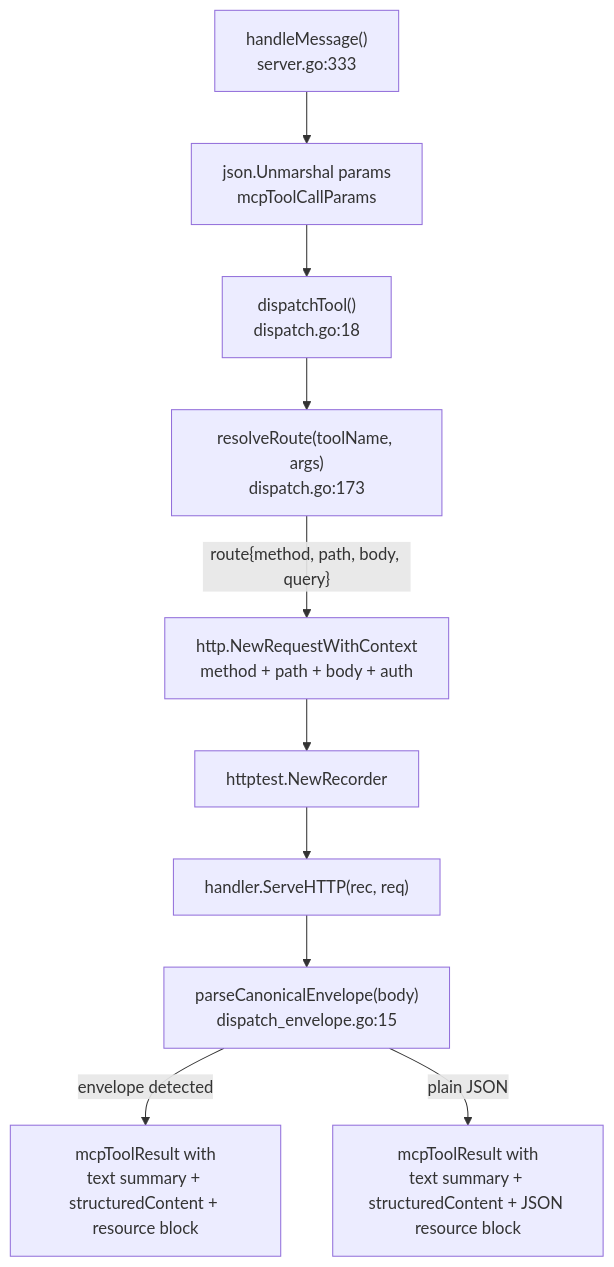
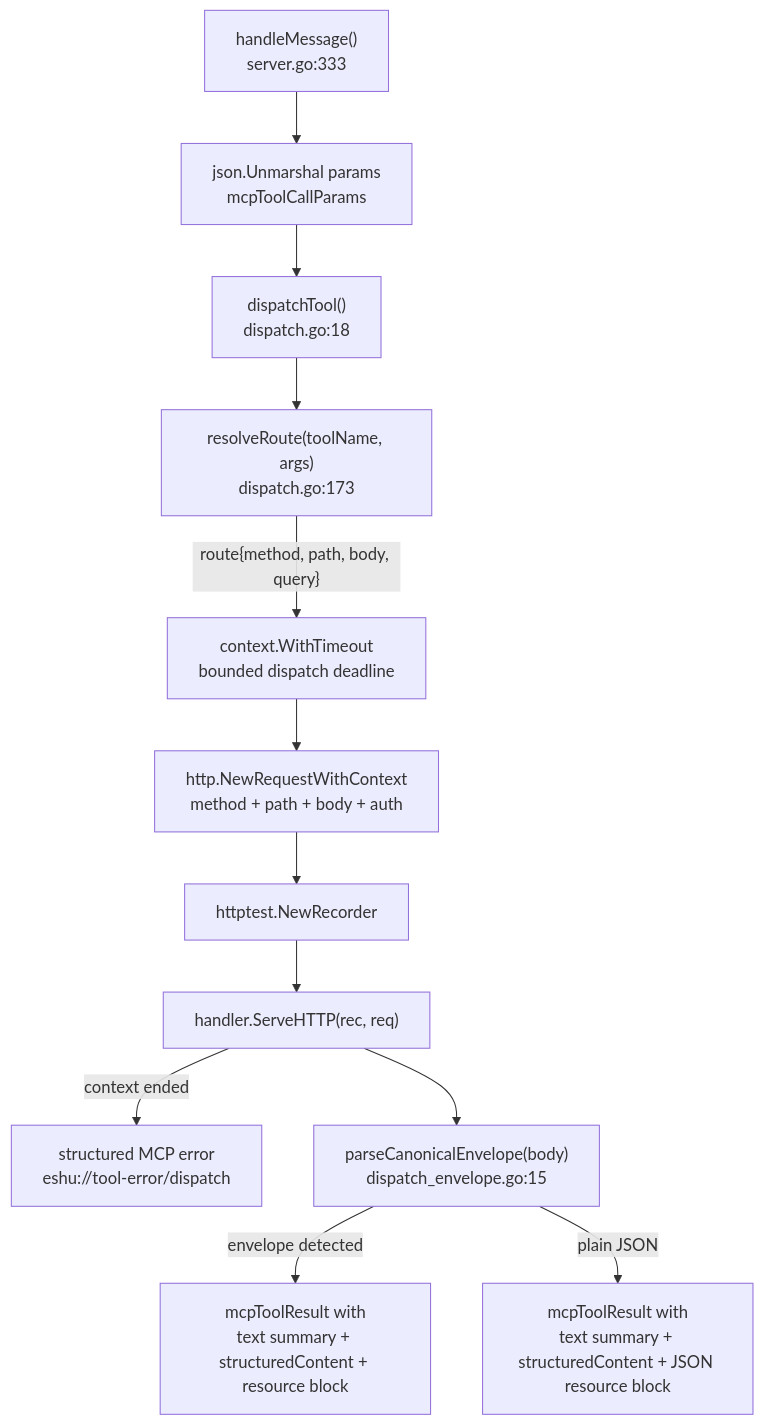
Before and after one commit to eshu-hq/eshu: the second of 2 diagrams in go/internal/mcp/README.md, drawn with Mermaid. The commit also changed other lines of this file and 6 other files, not shown here.

Commit message:
feat(mcp): bound tool dispatch deadlines

````diff
--- a/go/internal/mcp/README.md
+++ b/go/internal/mcp/README.md
@@ -36,23 +41,27 @@
 ```mermaid
 flowchart TB
     hm["handleMessage()\nserver.go:333"]
     parse["json.Unmarshal params\nmcpToolCallParams"]
     dt["dispatchTool()\ndispatch.go:18"]
     rr["resolveRoute(toolName, args)\ndispatch.go:173"]
+    deadline["context.WithTimeout\nbounded dispatch deadline"]
     req["http.NewRequestWithContext\nmethod + path + body + auth"]
     rec["httptest.NewRecorder"]
     serve["handler.ServeHTTP(rec, req)"]
+    timeout["structured MCP error\neshu://tool-error/dispatch"]
     pce["parseCanonicalEnvelope(body)\ndispatch_envelope.go:15"]
     envelope["mcpToolResult with\ntext summary + structuredContent + resource block"]
     plain["mcpToolResult with\ntext summary + structuredContent + JSON resource block"]
 
     hm --> parse
     parse --> dt
     dt --> rr
-    rr -->|"route{method, path, body, query}"| req
+    rr -->|"route{method, path, body, query}"| deadline
+    deadline --> req
     req --> rec
     rec --> serve
+    serve -->|"context ended"| timeout
     serve --> pce
     pce -->|"envelope detected"| envelope
     pce -->|"plain JSON"| plain
 ```
````
